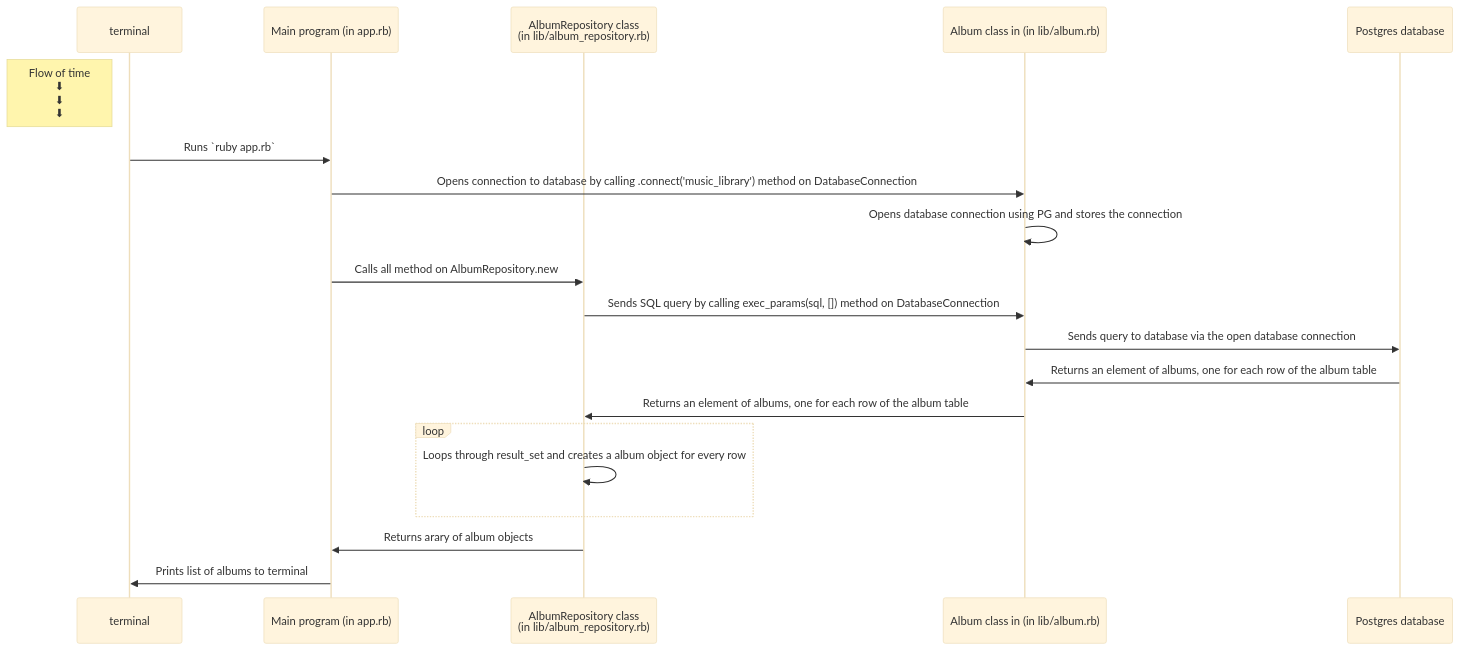
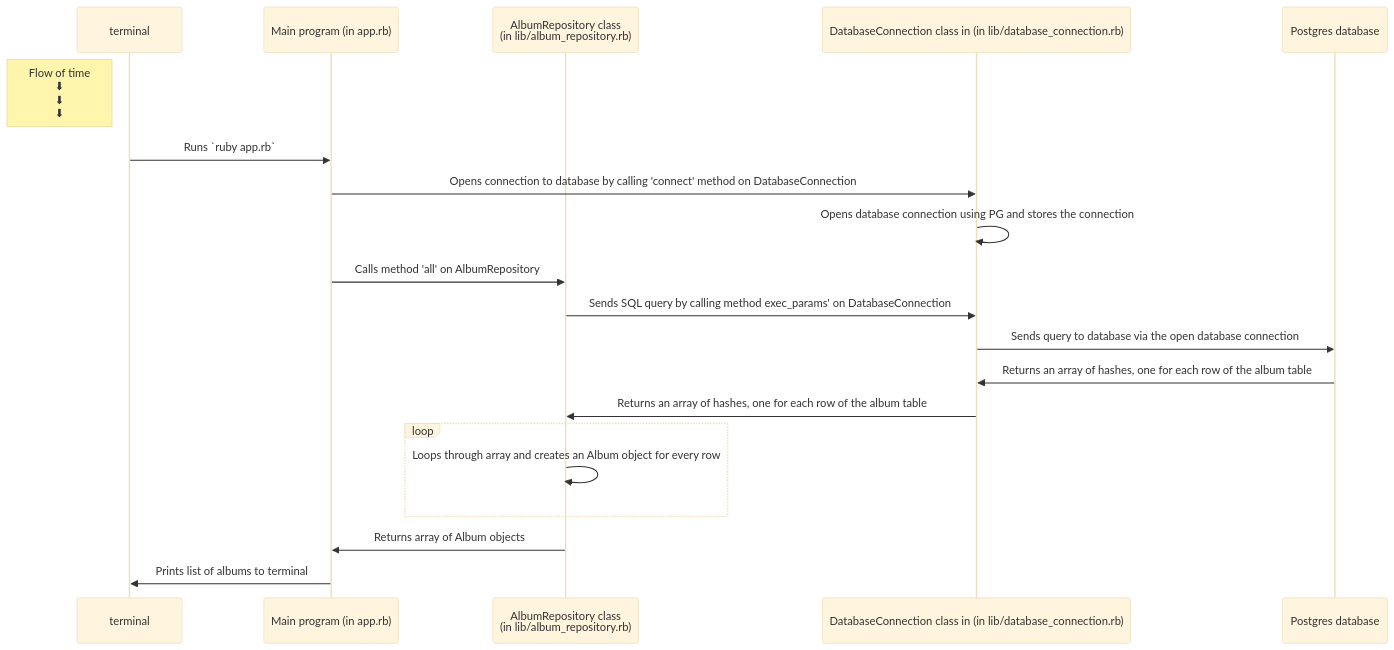
One commit to ChrisHutchinson1982/databases_challenges changed the diagram in 03_creating_sequence_diagrams/sequence_diagrams_excercise.md. Above: the diagram before and after it, drawn with Mermaid (base theme).

Commit message:
Updated sequence diagram excercise

````diff
--- a/03_creating_sequence_diagrams/sequence_diagrams_excercise.md
+++ b/03_creating_sequence_diagrams/sequence_diagrams_excercise.md
@@ -1,26 +1,26 @@
 ```mermaid
 sequenceDiagram
     participant t as terminal
     participant app as Main program (in app.rb)
     participant ar as AlbumRepository class <br /> (in lib/album_repository.rb)
-    participant db_conn as Album class in (in lib/album.rb)
+    participant db_conn as DatabaseConnection class in (in lib/database_connection.rb)
     participant db as Postgres database
 
     Note left of t: Flow of time <br />⬇ <br /> ⬇ <br /> ⬇ 
 
     t->>app: Runs `ruby app.rb`
-    app->>db_conn: Opens connection to database by calling .connect('music_library') method on DatabaseConnection
+    app->>db_conn: Opens connection to database by calling 'connect' method on DatabaseConnection
     db_conn->>db_conn: Opens database connection using PG and stores the connection
-    app->>ar: Calls all method on AlbumRepository.new
-    ar->>db_conn: Sends SQL query by calling exec_params(sql, []) method on DatabaseConnection
+    app->>ar: Calls method 'all' on AlbumRepository
+    ar->>db_conn: Sends SQL query by calling method exec_params' on DatabaseConnection
     db_conn->>db: Sends query to database via the open database connection
-    db->>db_conn: Returns an element of albums, one for each row of the album table
+    db->>db_conn: Returns an array of hashes, one for each row of the album table
 
-    db_conn->>ar: Returns an element of albums, one for each row of the album table
+    db_conn->>ar: Returns an array of hashes, one for each row of the album table
     loop 
-        ar->>ar: Loops through result_set and creates a album object for every row
+        ar->>ar: Loops through array and creates an Album object for every row
     end
-    ar->>app: Returns arary of album objects
+    ar->>app: Returns array of Album objects
     app->>t: Prints list of albums to terminal
 
   ```
````
